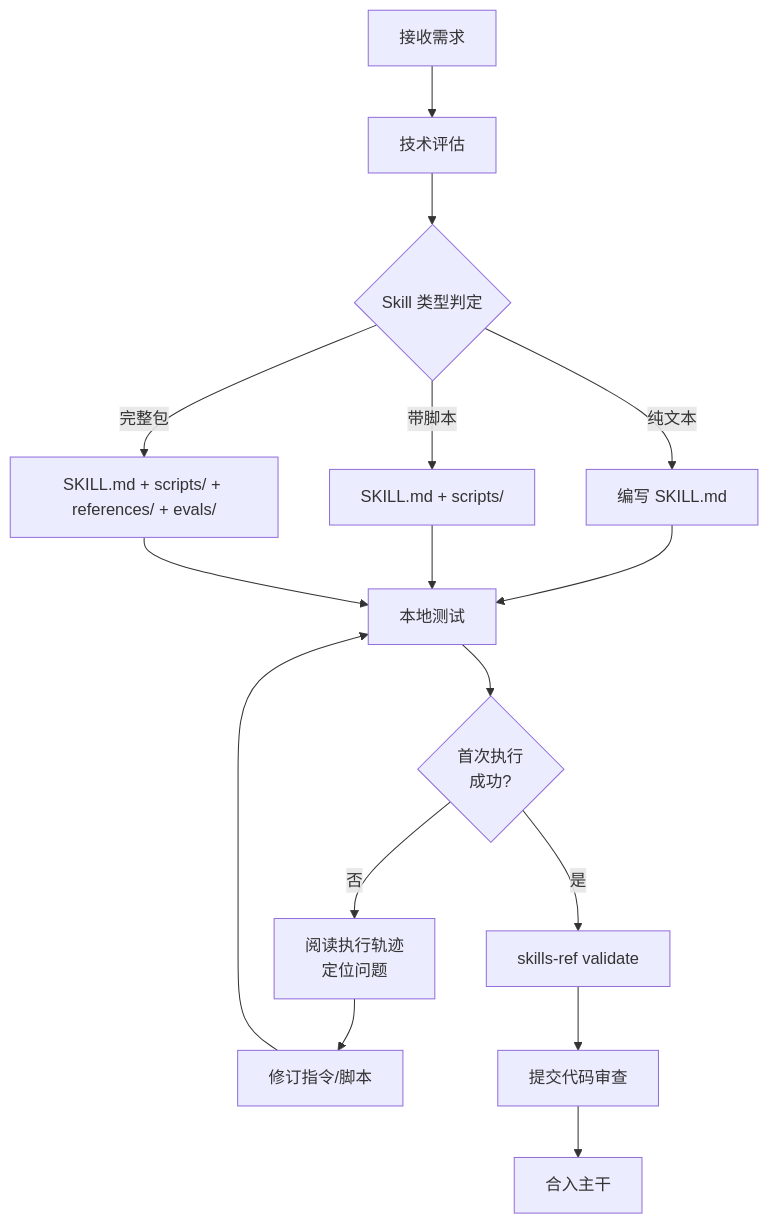
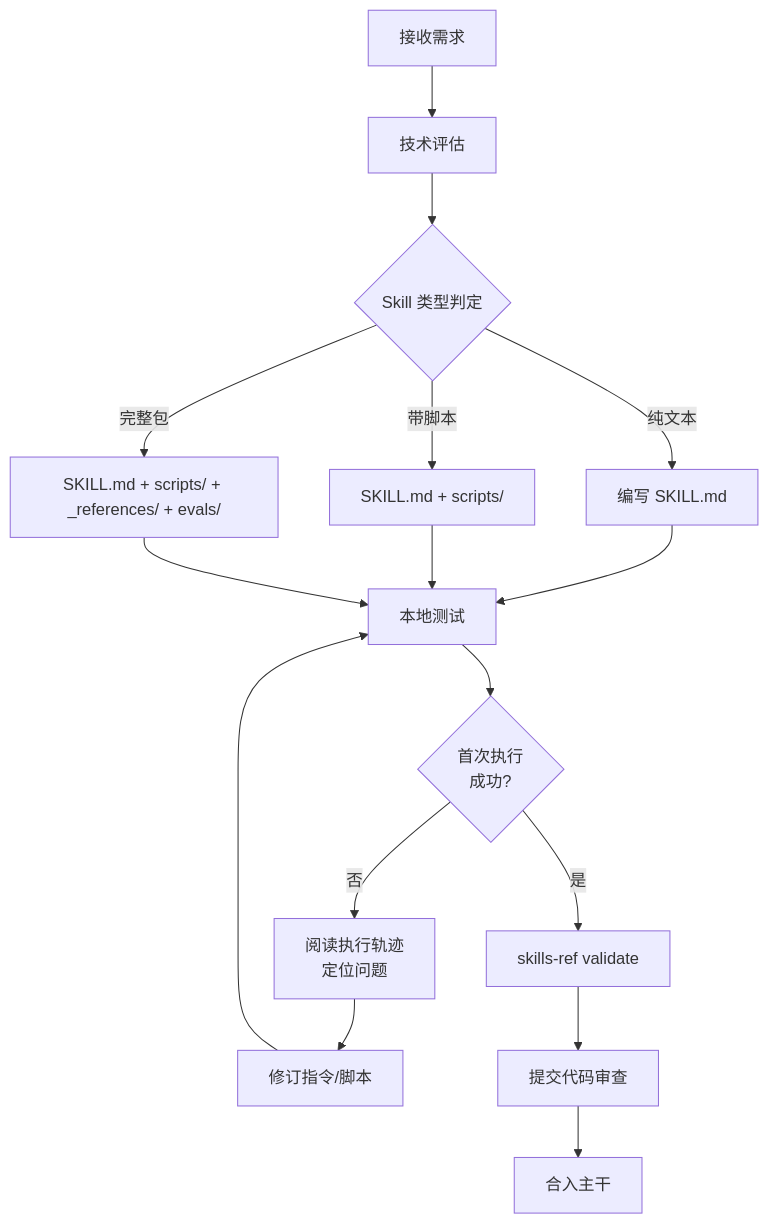
The second of 7 diagrams in 15_Agent_Production/Agent_Skills/Agent_Skills_Multi_Role_Analysis.md (CloudManHQ/CloudMaster), drawn with Mermaid before and after one commit. The commit also changed other lines of this file and 1160 other files, not shown here.

````diff
--- a/15_Agent_Production/Agent_Skills/Agent_Skills_Multi_Role_Analysis.md
+++ b/15_Agent_Production/Agent_Skills/Agent_Skills_Multi_Role_Analysis.md
@@ -77,18 +77,18 @@
 ```mermaid
 flowchart TB
     A[接收需求] --> B[技术评估]
     B --> C{Skill 类型判定}
     C -->|纯文本| D1[编写 SKILL.md]
     C -->|带脚本| D2[SKILL.md + scripts/]
-    C -->|完整包| D3[SKILL.md + scripts/ + references/ + evals/]
+    C -->|完整包| D3[SKILL.md + scripts/ + _references/ + evals/]
     D1 --> E[本地测试]
     D2 --> E
     D3 --> E
     E --> F{首次执行<br/>成功?}
     F -->|否| G[阅读执行轨迹<br/>定位问题]
     G --> H[修订指令/脚本]
     H --> E
     F -->|是| I[skills-ref validate]
     I --> J[提交代码审查]
     J --> K[合入主干]
 ```
````
